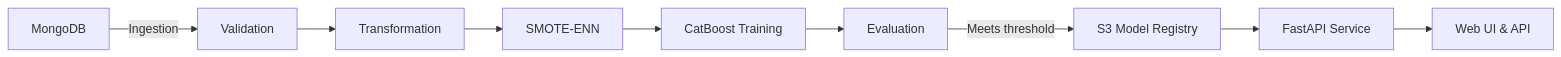
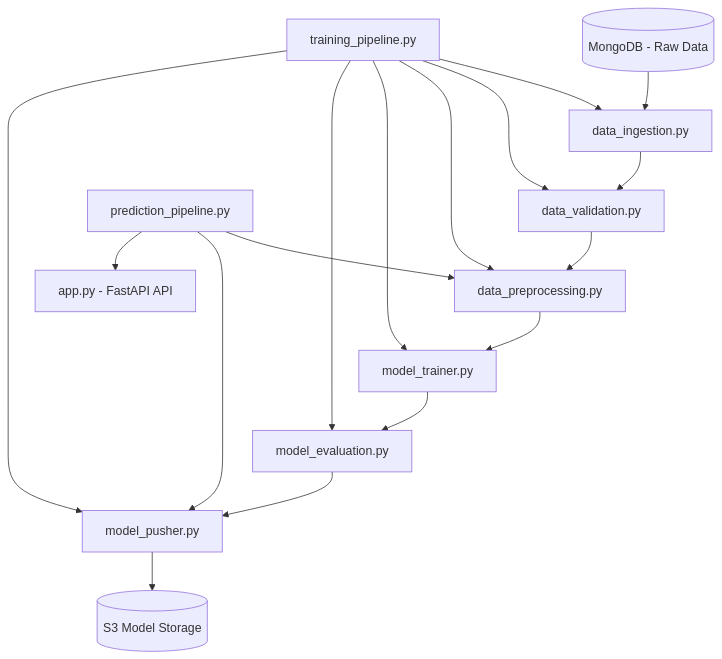
The diagram in README.md (rohitkr8527/vehicle-insurance-churn), drawn with Mermaid before and after one commit.

Commit message:
Update flowchart in README.md to new format

````diff
--- a/README.md
+++ b/README.md
@@ -95,11 +95,35 @@
 ```mermaid
-flowchart LR
-  A[MongoDB] -->|Ingestion| B[Validation]
-  B --> C[Transformation]
-  C --> D[SMOTE-ENN]
-  D --> E[CatBoost Training]
-  E --> F[Evaluation]
-  F -->|Meets threshold| G[S3 Model Registry]
-  G --> H[FastAPI Service]
-  H --> I[Web UI & API]
+flowchart TD
+
+    %% Data Source
+    MDB[(MongoDB - Raw Data)]
+
+    %% Core Pipeline Steps
+    DI[data_ingestion.py]
+    DV[data_validation.py]
+    DP[data_preprocessing.py]
+    MT[model_trainer.py]
+    ME[model_evaluation.py]
+    MP[model_pusher.py]
+
+    %% Pipelines
+    TP[training_pipeline.py]
+    PP[prediction_pipeline.py]
+
+    %% Serving
+    FastAPI[app.py - FastAPI API]
+    Cloud[(S3 Model Storage)]
+
+    %% Flow
+    MDB --> DI --> DV --> DP --> MT --> ME --> MP --> Cloud
+    TP --> DI
+    TP --> DV
+    TP --> DP
+    TP --> MT
+    TP --> ME
+    TP --> MP
+
+    PP --> DP
+    PP --> MP
+    PP --> FastAPI
 ```
````
